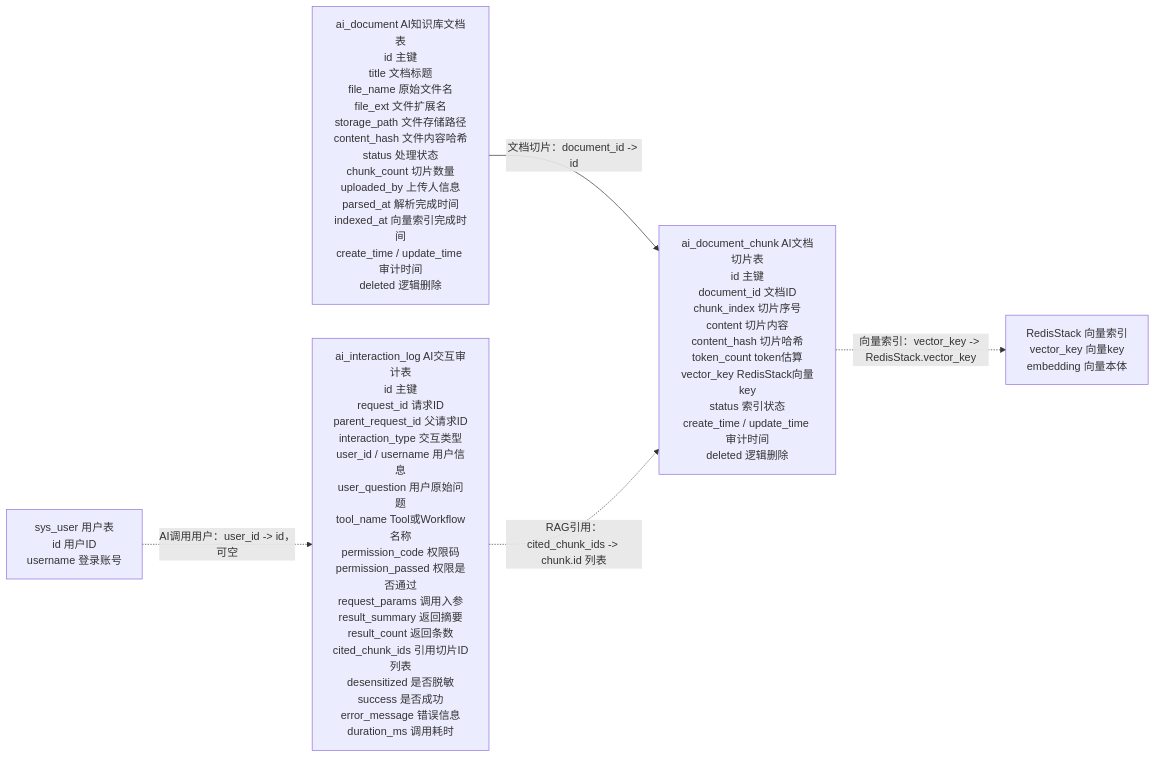
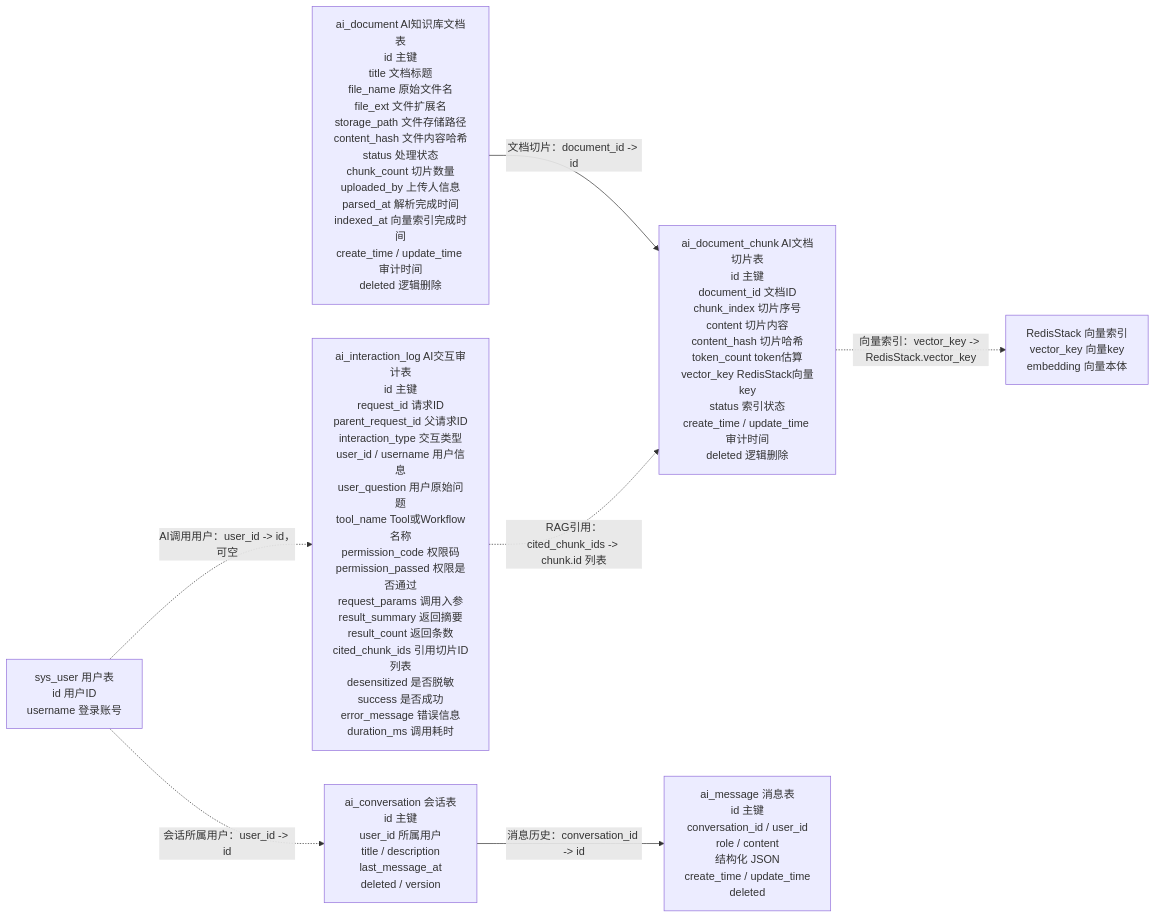
Diagram 11 of 11 in docs/database/mvp-database-design-overview.md (LI-S-H/qiheng-erp), drawn with Mermaid before and after one commit. The commit also changed other lines of this file and 47 other files, not shown here.

````diff
--- a/docs/database/mvp-database-design-overview.md
+++ b/docs/database/mvp-database-design-overview.md
@@ -825,13 +827,17 @@
 ```mermaid
 flowchart LR
     document["ai_document AI知识库文档表<br/>id 主键<br/>title 文档标题<br/>file_name 原始文件名<br/>file_ext 文件扩展名<br/>storage_path 文件存储路径<br/>content_hash 文件内容哈希<br/>status 处理状态<br/>chunk_count 切片数量<br/>uploaded_by 上传人信息<br/>parsed_at 解析完成时间<br/>indexed_at 向量索引完成时间<br/>create_time / update_time 审计时间<br/>deleted 逻辑删除"]
     chunk["ai_document_chunk AI文档切片表<br/>id 主键<br/>document_id 文档ID<br/>chunk_index 切片序号<br/>content 切片内容<br/>content_hash 切片哈希<br/>token_count token估算<br/>vector_key RedisStack向量key<br/>status 索引状态<br/>create_time / update_time 审计时间<br/>deleted 逻辑删除"]
     log["ai_interaction_log AI交互审计表<br/>id 主键<br/>request_id 请求ID<br/>parent_request_id 父请求ID<br/>interaction_type 交互类型<br/>user_id / username 用户信息<br/>user_question 用户原始问题<br/>tool_name Tool或Workflow名称<br/>permission_code 权限码<br/>permission_passed 权限是否通过<br/>request_params 调用入参<br/>result_summary 返回摘要<br/>result_count 返回条数<br/>cited_chunk_ids 引用切片ID列表<br/>desensitized 是否脱敏<br/>success 是否成功<br/>error_message 错误信息<br/>duration_ms 调用耗时"]
+    conversation["ai_conversation 会话表<br/>id 主键<br/>user_id 所属用户<br/>title / description<br/>last_message_at<br/>deleted / version"]
+    message["ai_message 消息表<br/>id 主键<br/>conversation_id / user_id<br/>role / content<br/>结构化 JSON<br/>create_time / update_time<br/>deleted"]
     redis["RedisStack 向量索引<br/>vector_key 向量key<br/>embedding 向量本体"]
     userRef["sys_user 用户表<br/>id 用户ID<br/>username 登录账号"]
 
     document -->|"文档切片：document_id -> id"| chunk
     chunk -.->|"向量索引：vector_key -> RedisStack.vector_key"| redis
     log -.->|"RAG引用：cited_chunk_ids -> chunk.id 列表"| chunk
     userRef -.->|"AI调用用户：user_id -> id，可空"| log
+    userRef -.->|"会话所属用户：user_id -> id"| conversation
+    conversation -->|"消息历史：conversation_id -> id"| message
 ```
````
